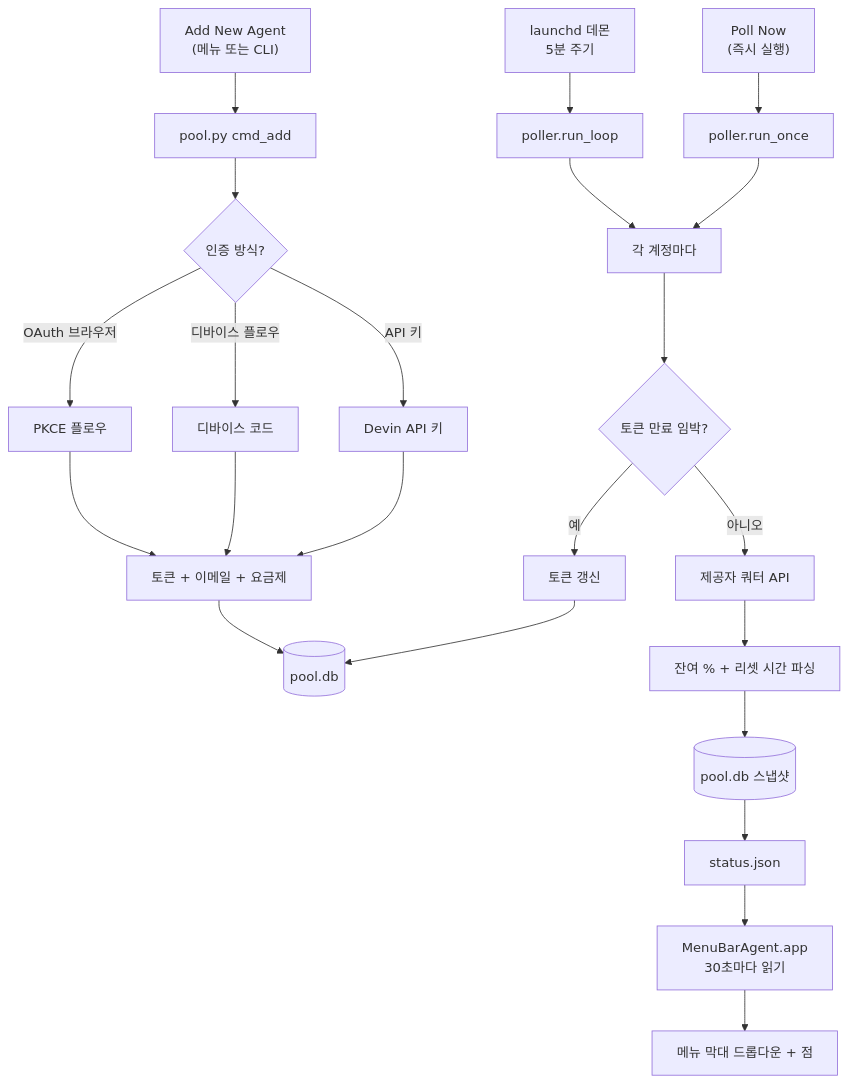
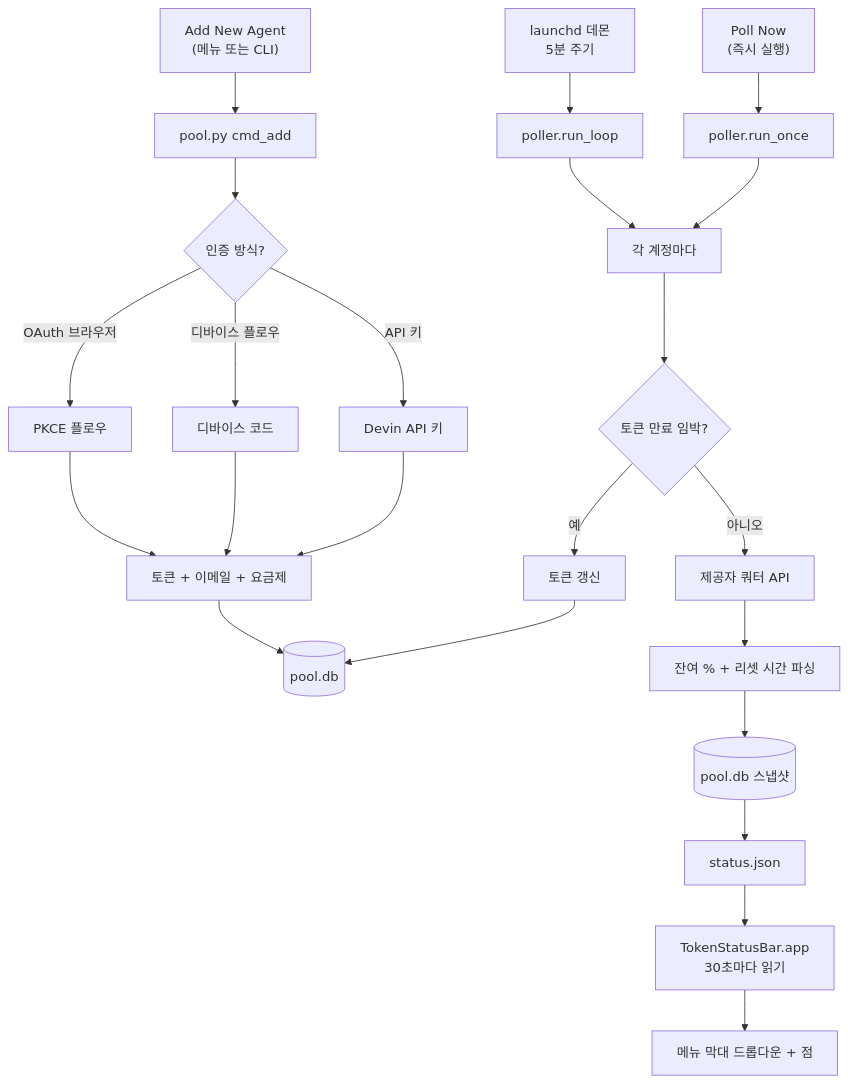
The first of 3 diagrams in README.ko.md (bytonylee/token-status-bar), drawn with Mermaid before and after one commit. The commit also changed other lines of this file and 20 other files, not shown here.

````diff
--- a/README.ko.md
+++ b/README.ko.md
@@ -88,26 +88,26 @@
 ```mermaid
 flowchart TD
     A["Add New Agent<br/>(메뉴 또는 CLI)"] --> B[pool.py cmd_add]
     B --> C{인증 방식?}
     C -->|OAuth 브라우저| D[PKCE 플로우]
     C -->|디바이스 플로우| E[디바이스 코드]
     C -->|API 키| F[Devin API 키]
     D --> G[토큰 + 이메일 + 요금제]
     E --> G
     F --> G
     G --> H[(pool.db)]
 
     I[launchd 데몬<br/>5분 주기] --> J[poller.run_loop]
     K["Poll Now<br/>(즉시 실행)"] --> L[poller.run_once]
     J --> M[각 계정마다]
     L --> M
     M --> N{토큰 만료 임박?}
     N -->|예| O[토큰 갱신]
     O --> H
     N -->|아니오| P[제공자 쿼터 API]
     P --> Q[잔여 % + 리셋 시간 파싱]
     Q --> R[(pool.db 스냅샷)]
     R --> S[status.json]
-    S --> T["MenuBarAgent.app<br/>30초마다 읽기"]
+    S --> T["TokenStatusBar.app<br/>30초마다 읽기"]
     T --> U[메뉴 막대 드롭다운 + 점]
 ```
````
